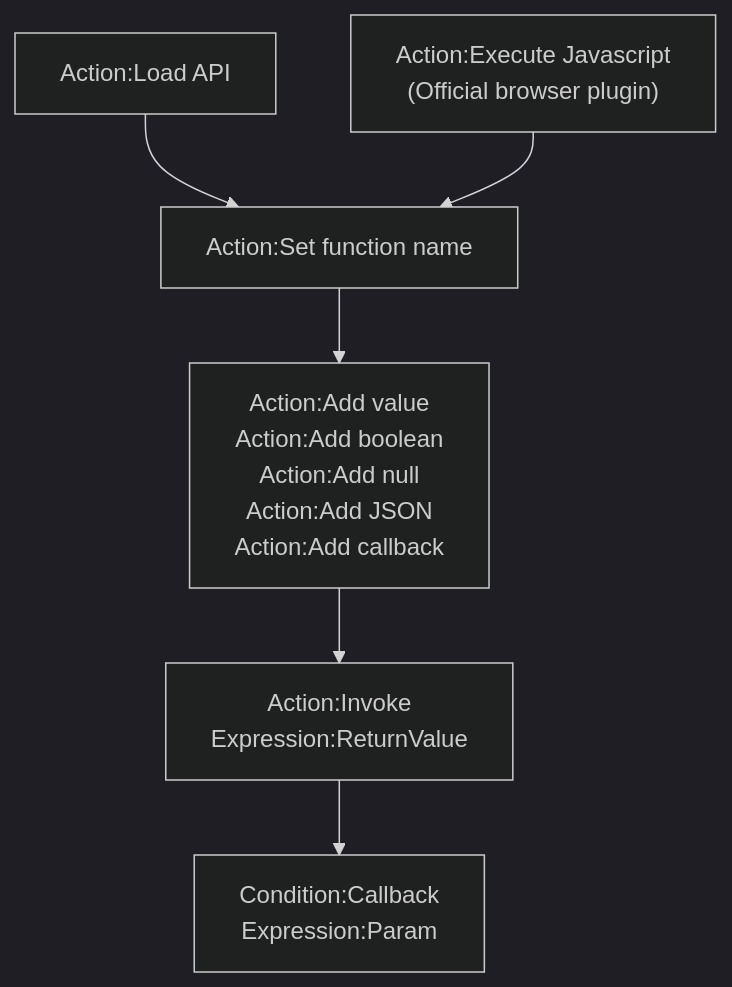
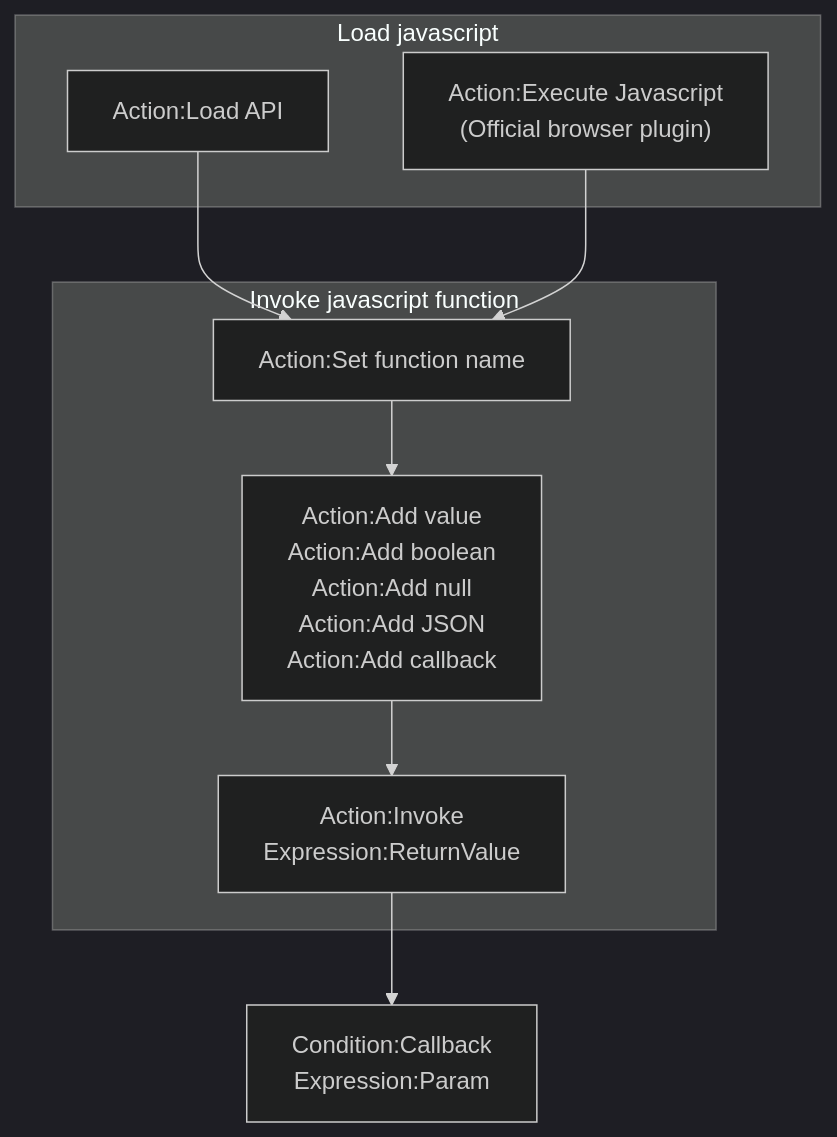
The diagram in plugins.md/rex_jsshell.md (rexrainbow/C2RexDoc), drawn with Mermaid (dark theme) before and after one commit. The commit also changed 1 other file, not shown here.

````diff
--- a/plugins.md/rex_jsshell.md
+++ b/plugins.md/rex_jsshell.md
@@ -24,11 +24,22 @@
 ```mermaid
 graph TB
 
 LoadJSCode["Action:Load API"] --> SetFnName["Action:Set function name"]
 SetFnName --> AddParam["Action:Add value<br>Action:Add boolean<br>Action:Add null<br>Action:Add JSON<br>Action:Add callback"]
 AddParam --> Invoke["Action:Invoke<br>Expression:ReturnValue"]
 
 ExecJS["Action:Execute Javascript<br>(Official browser plugin)"] --> SetFnName
 
 Invoke --> Callback["Condition:Callback<br>Expression:Param"]
+
+subgraph Load javascript
+LoadJSCode
+ExecJS
+end
+
+subgraph Invoke javascript function
+SetFnName
+AddParam
+Invoke
+end
 ```
````
